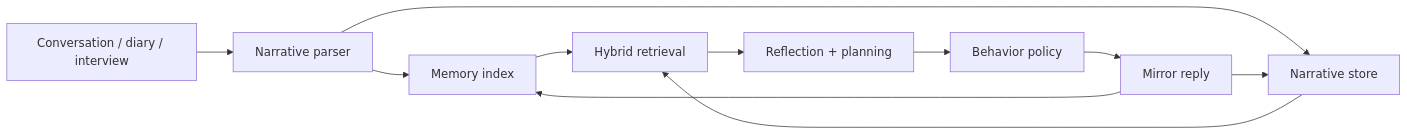
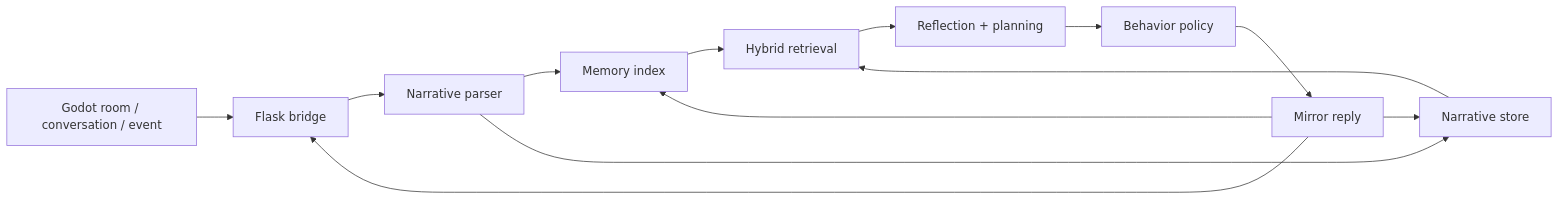
The diagram in README.md (Liang-Tian-Cat/alter-emo-ai-mirror), drawn with Mermaid before and after one commit. The commit also changed other lines of this file and 17 other files, not shown here.

Commit message:
Add Godot and Flask bridge integration

````diff
--- a/README.md
+++ b/README.md
@@ -35,13 +35,15 @@
 ```mermaid
 flowchart LR
-    A[Conversation / diary / interview] --> B[Narrative parser]
-    B --> C[Memory index]
-    B --> D[Narrative store]
-    C --> E[Hybrid retrieval]
-    D --> E
-    E --> F[Reflection + planning]
-    F --> G[Behavior policy]
-    G --> H[Mirror reply]
-    H --> C
-    H --> D
+    A[Godot room / conversation / event] --> B[Flask bridge]
+    B --> C[Narrative parser]
+    C --> D[Memory index]
+    C --> E[Narrative store]
+    D --> F[Hybrid retrieval]
+    E --> F
+    F --> G[Reflection + planning]
+    G --> H[Behavior policy]
+    H --> I[Mirror reply]
+    I --> B
+    I --> D
+    I --> E
 ```
````
